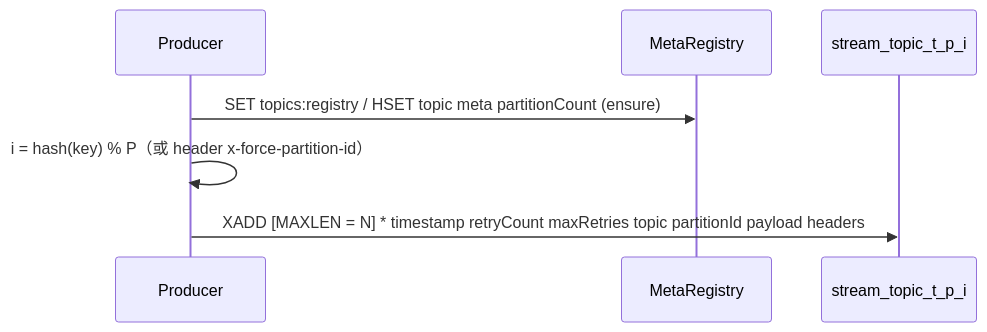
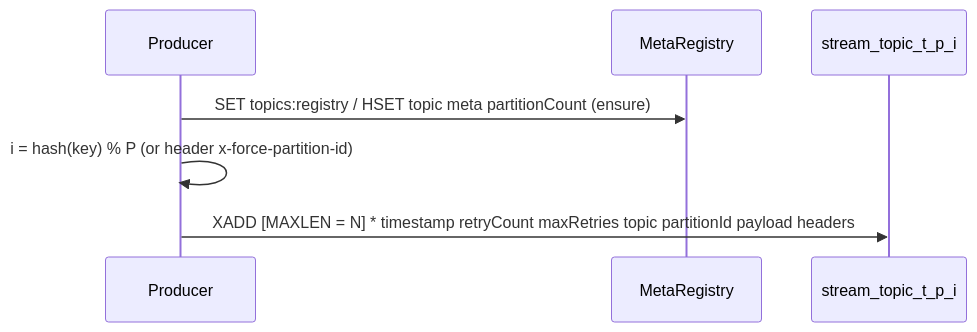
One commit to cuihairu/redis-streaming changed the first of 3 diagrams in docs/MQ-Broker-Interaction.md. Above: the diagram before and after it, drawn with Mermaid. The commit also changed other lines of this file and 96 other files, not shown here.

````diff
--- a/docs/MQ-Broker-Interaction.md
+++ b/docs/MQ-Broker-Interaction.md
@@ -43,9 +51,9 @@
 ```mermaid
 sequenceDiagram
   participant P as Producer
   participant M as MetaRegistry
   participant S as stream_topic_t_p_i
   P->>M: SET topics:registry / HSET topic meta partitionCount (ensure)
-  P->>P: i = hash(key) % P（或 header x-force-partition-id）
+  P->>P: i = hash(key) % P (or header x-force-partition-id)
   P->>S: XADD [MAXLEN = N] * timestamp retryCount maxRetries topic partitionId payload headers
 ```
````
